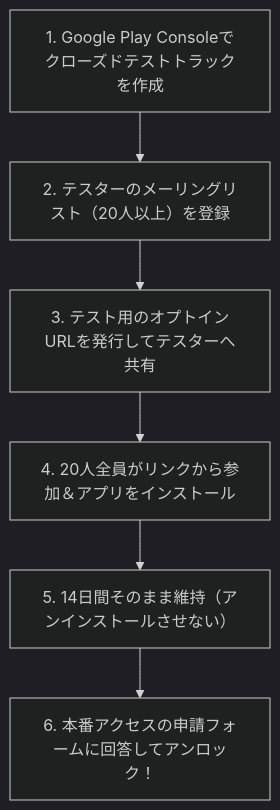
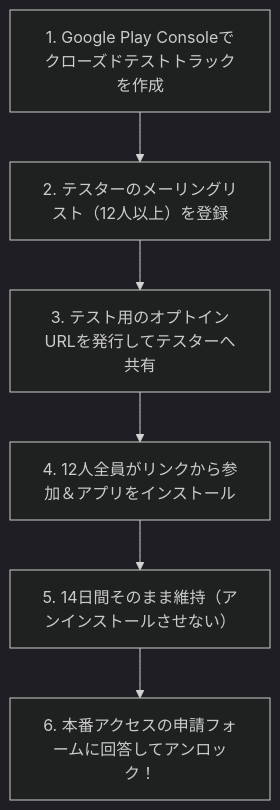
Before and after one commit to sangraal123/sangraal123: the diagram in googja/src/content/docs/publish/03.md, drawn with Mermaid (dark theme). The commit also changed other lines of this file and 29 other files, not shown here.

````diff
--- a/googja/src/content/docs/publish/03.md
+++ b/googja/src/content/docs/publish/03.md
@@ -67,8 +69,8 @@
 ```mermaid
 flowchart TD
-    T1["1. Google Play Consoleでクローズドテストトラックを作成"] --> T2["2. テスターのメーリングリスト（20人以上）を登録"]
+    T1["1. Google Play Consoleでクローズドテストトラックを作成"] --> T2["2. テスターのメーリングリスト（12人以上）を登録"]
     T2 --> T3["3. テスト用のオプトインURLを発行してテスターへ共有"]
-    T3 --> T4["4. 20人全員がリンクから参加＆アプリをインストール"]
+    T3 --> T4["4. 12人全員がリンクから参加＆アプリをインストール"]
     T4 --> T5["5. 14日間そのまま維持（アンインストールさせない）"]
     T5 --> T6["6. 本番アクセスの申請フォームに回答してアンロック！"]
 ```
````
